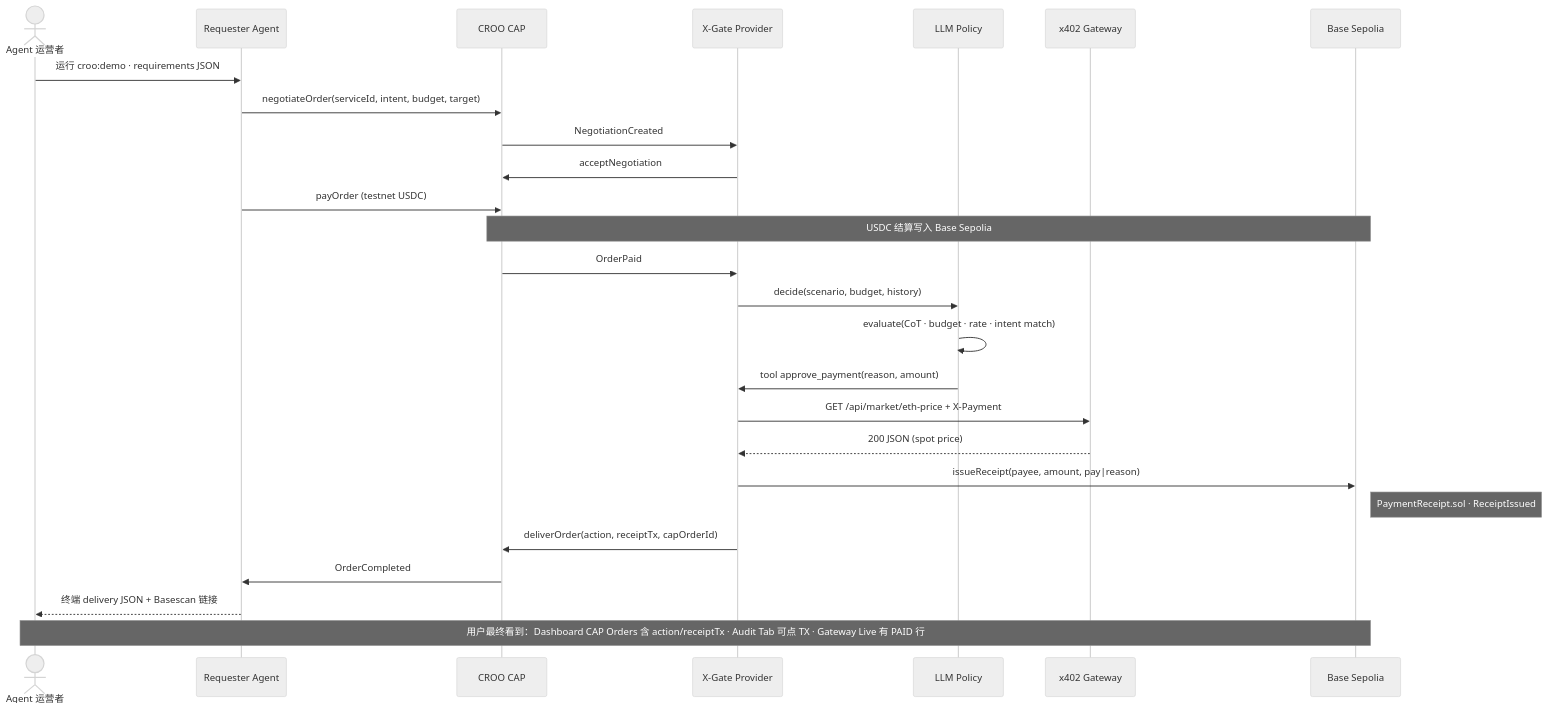
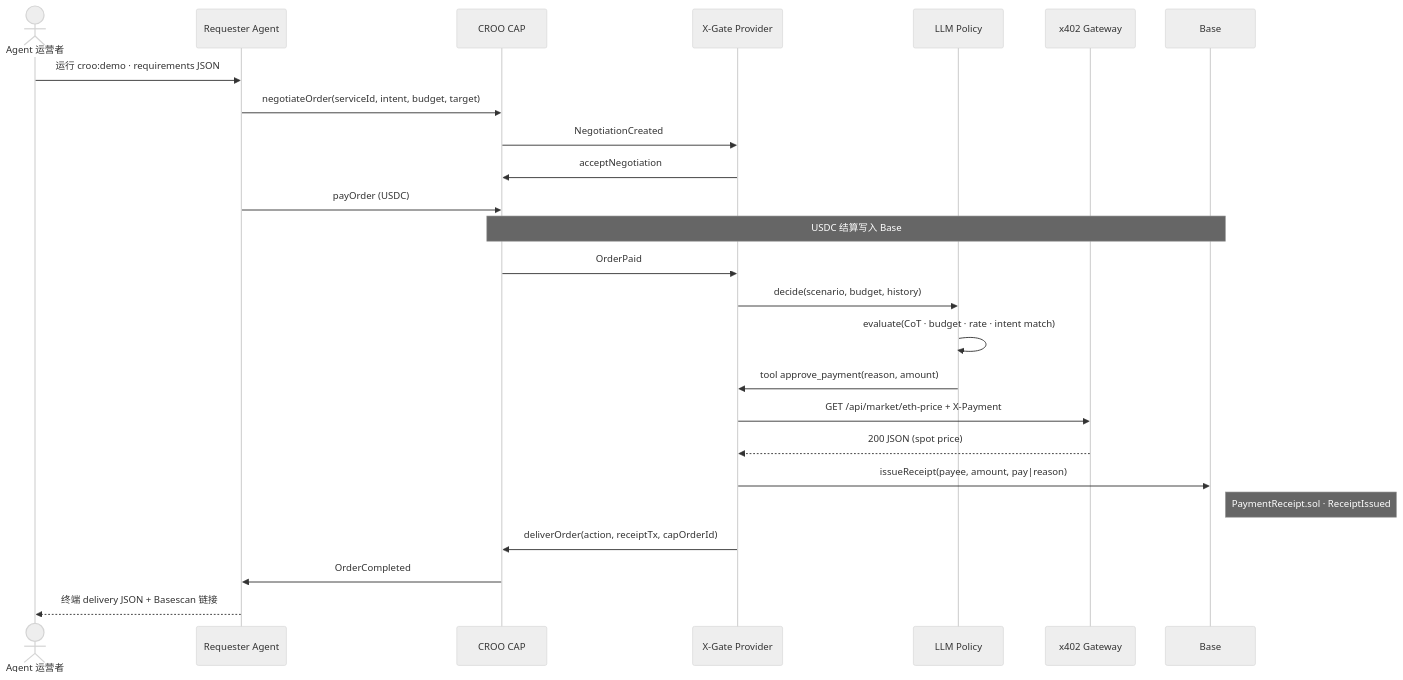
One commit to rgtang/x-gate changed the second of 2 diagrams in README.md. Above: the diagram before and after it, drawn with Mermaid (neutral theme). The commit also changed other lines of this file and 7 other files, not shown here.

````diff
--- a/README.md
+++ b/README.md
@@ -136,30 +143,28 @@
 ```mermaid
 sequenceDiagram
   actor Op as Agent 运营者
   participant Req as Requester Agent
   participant CAP as CROO CAP
   participant Prov as X-Gate Provider
   participant LLM as LLM Policy
   participant GW as x402 Gateway
-  participant Chain as Base Sepolia
+  participant Chain as Base
 
   Op->>Req: 运行 croo:demo · requirements JSON
   Req->>CAP: negotiateOrder(serviceId, intent, budget, target)
   CAP->>Prov: NegotiationCreated
   Prov->>CAP: acceptNegotiation
-  Req->>CAP: payOrder (testnet USDC)
-  Note over CAP,Chain: USDC 结算写入 Base Sepolia
+  Req->>CAP: payOrder (USDC)
+  Note over CAP,Chain: USDC 结算写入 Base
   CAP->>Prov: OrderPaid
   Prov->>LLM: decide(scenario, budget, history)
   LLM->>LLM: evaluate(CoT · budget · rate · intent match)
   LLM->>Prov: tool approve_payment(reason, amount)
   Prov->>GW: GET /api/market/eth-price + X-Payment
   GW-->>Prov: 200 JSON (spot price)
   Prov->>Chain: issueReceipt(payee, amount, pay|reason)
   Note right of Chain: PaymentReceipt.sol · ReceiptIssued
   Prov->>CAP: deliverOrder(action, receiptTx, capOrderId)
   CAP->>Req: OrderCompleted
   Req-->>Op: 终端 delivery JSON + Basescan 链接
-
-  Note over Op,Chain: 用户最终看到：Dashboard CAP Orders 含 action/receiptTx · Audit Tab 可点 TX · Gateway Live 有 PAID 行
 ```
````
